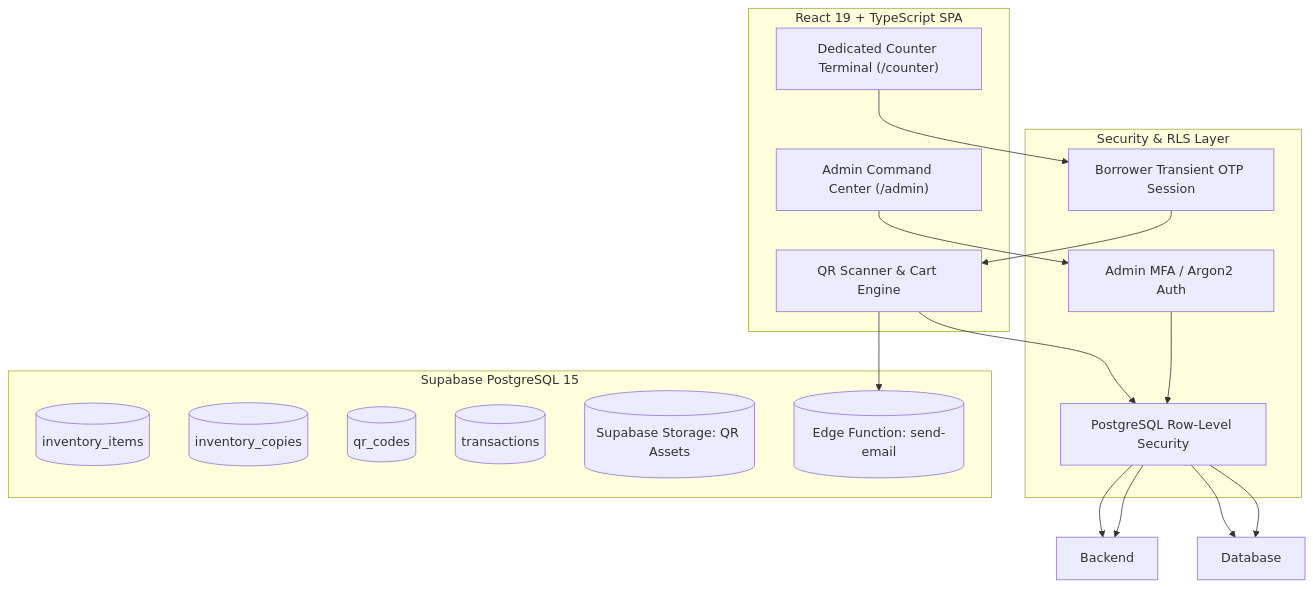
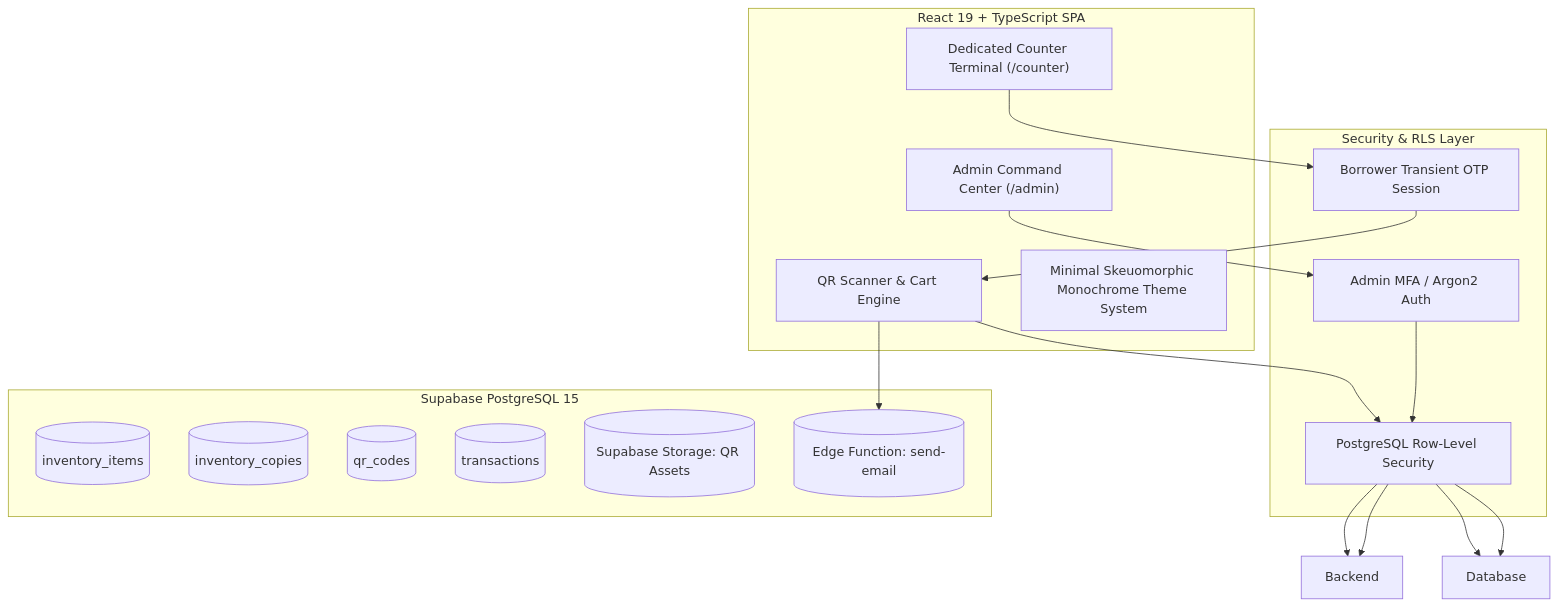
One commit to M-Sanjay-IND/iventor-client changed the first of 2 diagrams in README.md. Above: the diagram before and after it, drawn with Mermaid. The commit also changed other lines of this file and 22 other files, not shown here.

````diff
--- a/README.md
+++ b/README.md
@@ -39,27 +41,28 @@
 ```mermaid
 graph TD
     subgraph Client Application [React 19 + TypeScript SPA]
         AdminApp["Admin Command Center (/admin)"]
         CounterTerminal["Dedicated Counter Terminal (/counter)"]
         ScannerEngine["QR Scanner & Cart Engine"]
+        SkeuoDesignSystem["Minimal Skeuomorphic Monochrome Theme System"]
     end
 
     subgraph Security & RLS Layer
         AuthMFA["Admin MFA / Argon2 Auth"]
         BorrowerOTP["Borrower Transient OTP Session"]
         RLSPolicies["PostgreSQL Row-Level Security"]
     end
 
     subgraph Backend & Database [Supabase PostgreSQL 15]
         ItemsTable[("inventory_items")]
         CopiesTable[("inventory_copies")]
         QrTable[("qr_codes")]
         TxLedger[("transactions")]
         StorageBucket[("Supabase Storage: QR Assets")]
         EdgeFunctions[("Edge Function: send-email")]
     end
 
     AdminApp --> AuthMFA --> RLSPolicies --> Backend & Database
     CounterTerminal --> BorrowerOTP --> ScannerEngine --> RLSPolicies --> Backend & Database
     ScannerEngine --> EdgeFunctions
 ```
````
